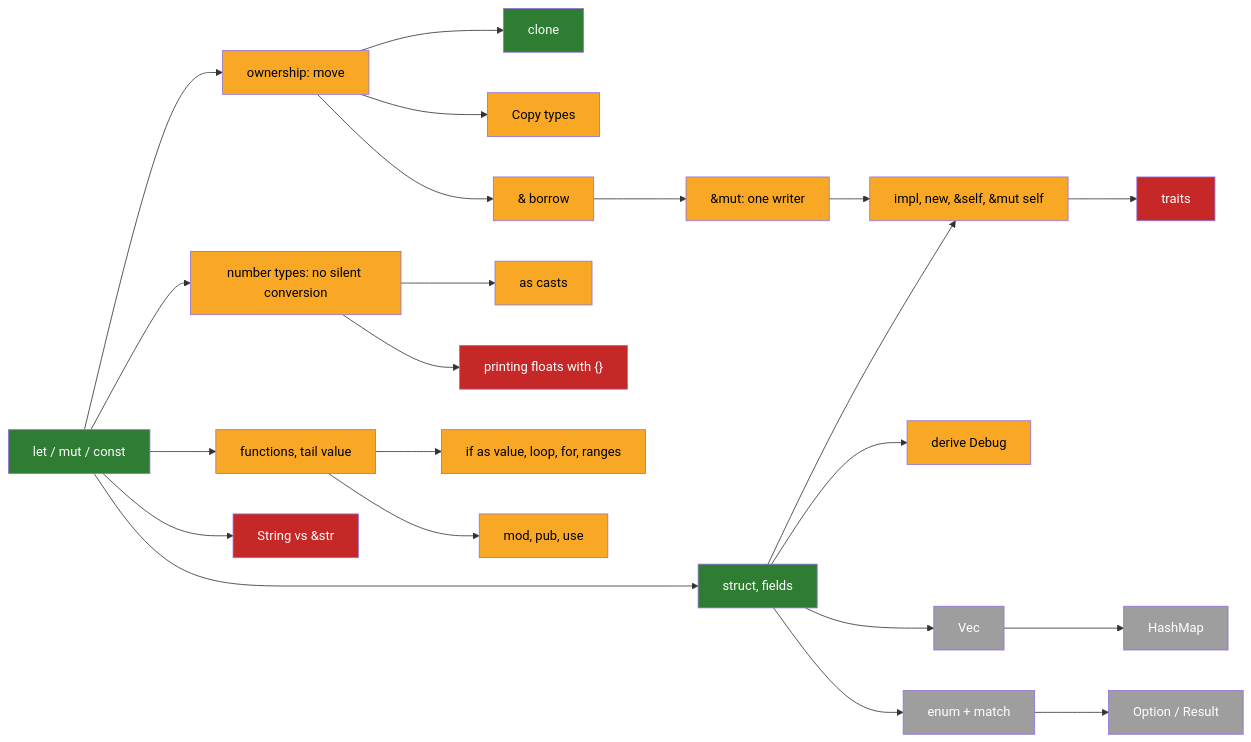
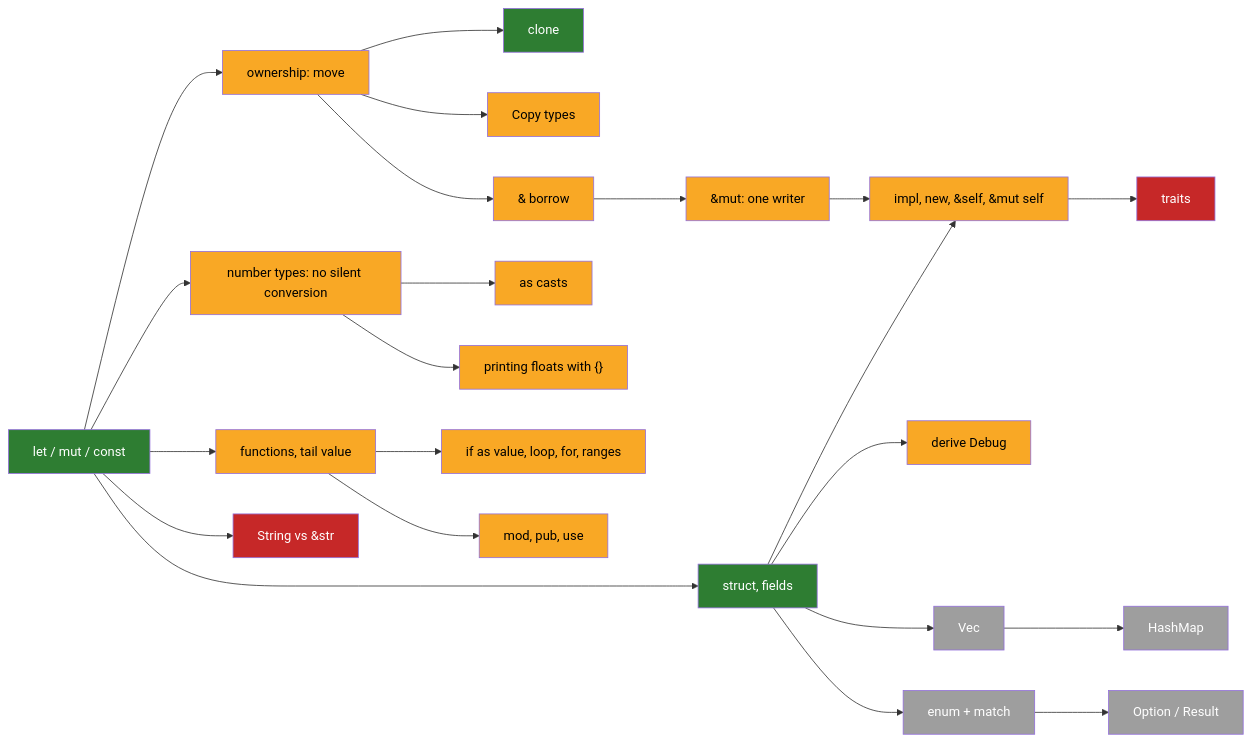
Before and after one commit to Dinesh417G/learn_rust: the diagram in notes/GRAPH.md, drawn with Mermaid. The commit also changed other lines of this file and 2 other files, not shown here.

````diff
--- a/notes/GRAPH.md
+++ b/notes/GRAPH.md
@@ -7,28 +7,28 @@
 ```mermaid
 graph LR
   var["let / mut / const"]:::s3 --> own["ownership: move"]:::s2
   var --> num["number types: no silent conversion"]:::s2
   num --> cast["as casts"]:::s2
-  num --> fmt["printing floats with {}"]:::s1
+  num --> fmt["printing floats with {}"]:::s2
   var --> fnn["functions, tail value"]:::s2
   fnn --> flow["if as value, loop, for, ranges"]:::s2
   var --> strs["String vs &str"]:::s1
   own --> clone["clone"]:::s3
   own --> copy["Copy types"]:::s2
   own --> bor["& borrow"]:::s2
   bor --> bmut["&mut: one writer"]:::s2
   var --> st["struct, fields"]:::s3
   st --> impl["impl, new, &self, &mut self"]:::s2
   bmut --> impl
   st --> dbg["derive Debug"]:::s2
   impl --> tr["traits"]:::s1
   st --> vec["Vec"]:::s0
   vec --> map["HashMap"]:::s0
   st --> en["enum + match"]:::s0
   en --> opt["Option / Result"]:::s0
   fnn --> modu["mod, pub, use"]:::s2
   classDef s3 fill:#2e7d32,color:#fff
   classDef s2 fill:#f9a825,color:#000
   classDef s1 fill:#c62828,color:#fff
   classDef s0 fill:#9e9e9e,color:#fff
 ```
````
